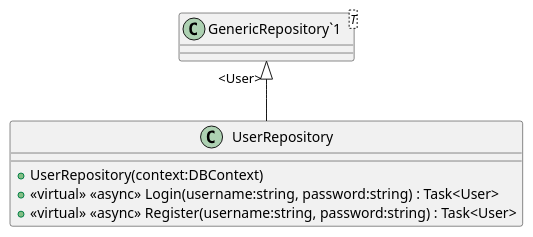
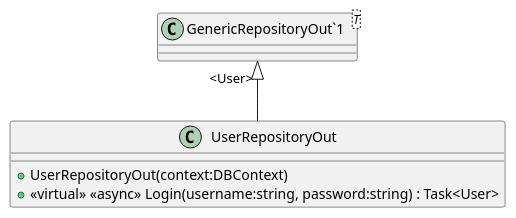
The diagram in YouthActionDotNet/UML/DAL/UserRepository.puml (timothxy/ICT2106_P3_Project), drawn with PlantUML before and after one commit. The commit also changed 31 other files, not shown here.

Commit message:
update uml

```diff
--- a/YouthActionDotNet/UML/DAL/UserRepository.puml
+++ b/YouthActionDotNet/UML/DAL/UserRepository.puml
@@ -1,10 +1,9 @@
 @startuml
-class UserRepository {
-    + UserRepository(context:DBContext)
+class UserRepositoryOut {
+    + UserRepositoryOut(context:DBContext)
     + <<virtual>> <<async>> Login(username:string, password:string) : Task<User>
-    + <<virtual>> <<async>> Register(username:string, password:string) : Task<User>
 }
-class "GenericRepository`1"<T> {
+class "GenericRepositoryOut`1"<T> {
 }
-"GenericRepository`1" "<User>" <|-- UserRepository
+"GenericRepositoryOut`1" "<User>" <|-- UserRepositoryOut
 @enduml
```
